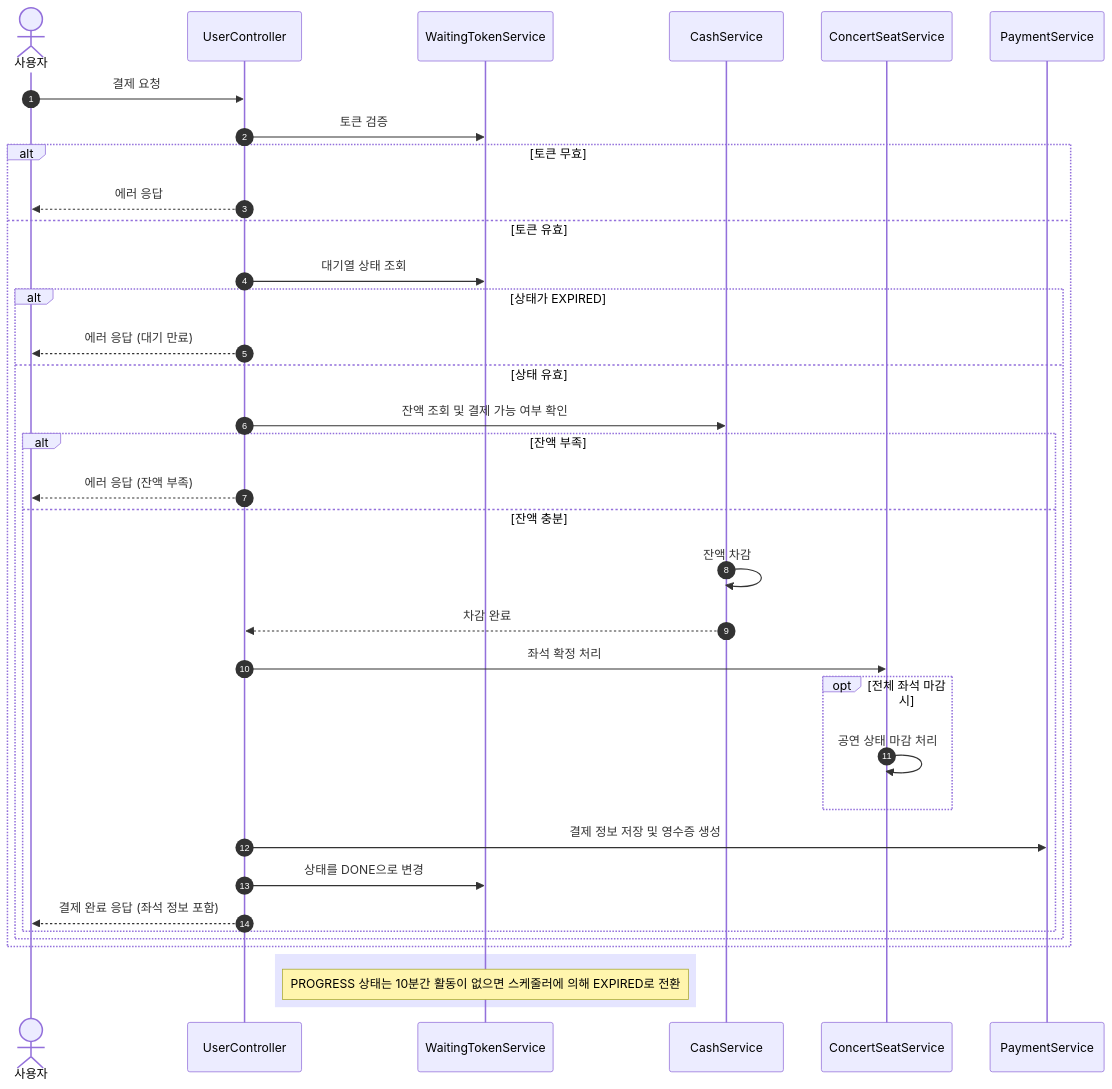
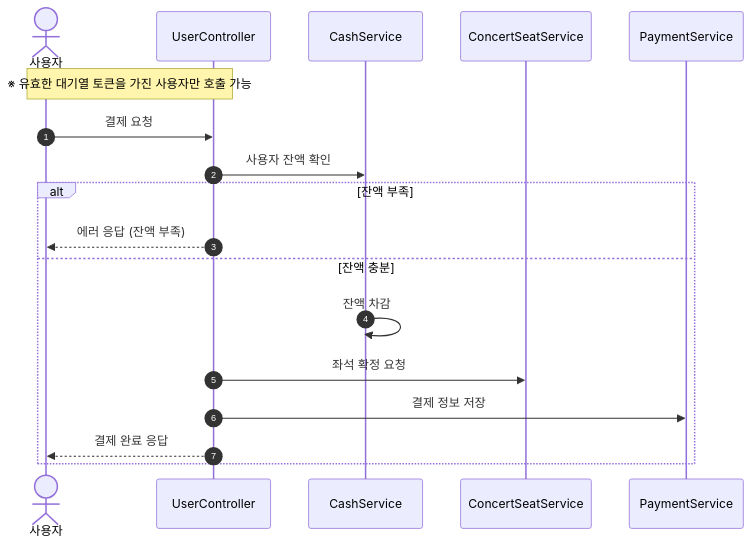
The eighth of 8 diagrams in docs/SEQUENCE.md (uuununew/concert-system), drawn with Mermaid before and after one commit. The commit also changed other lines of this file, not shown here.

Commit message:
시퀀스 다이어그램 추가

````diff
--- a/docs/SEQUENCE.md
+++ b/docs/SEQUENCE.md
@@ -221,40 +215,23 @@
 ```mermaid
 sequenceDiagram
     autonumber
     actor 사용자
-    participant UserController as UserController
-    participant WaitingTokenService as WaitingTokenService
-    participant CashService as CashService
-    participant ConcertSeatService as ConcertSeatService
-    participant PaymentService as PaymentService
+    participant UserController
+    participant CashService
+    participant ConcertSeatService
+    participant PaymentService
+
+    note over 사용자, UserController: ※ 유효한 대기열 토큰을 가진 사용자만 호출 가능
 
     사용자 ->> UserController: 결제 요청
-    UserController ->> WaitingTokenService: 토큰 검증
-    alt 토큰 무효
-        UserController -->> 사용자: 에러 응답
-    else 토큰 유효
-        UserController ->> WaitingTokenService: 대기열 상태 조회
-        alt 상태가 EXPIRED
-            UserController -->> 사용자: 에러 응답 (대기 만료)
-        else 상태 유효
-            UserController ->> CashService: 잔액 조회 및 결제 가능 여부 확인
-            alt 잔액 부족
-                UserController -->> 사용자: 에러 응답 (잔액 부족)
-            else 잔액 충분
-                CashService ->> CashService: 잔액 차감
-                CashService -->> UserController: 차감 완료
-                UserController ->> ConcertSeatService: 좌석 확정 처리
-                opt 전체 좌석 마감 시
-                    ConcertSeatService ->> ConcertSeatService: 공연 상태 마감 처리
-                end
-                UserController ->> PaymentService: 결제 정보 저장 및 영수증 생성
-                UserController ->> WaitingTokenService: 상태를 DONE으로 변경
-                UserController -->> 사용자: 결제 완료 응답 (좌석 정보 포함)
-            end
-        end
-    end
+    UserController ->> CashService: 사용자 잔액 확인
 
-    rect rgba(0, 0, 255, .1)
-        note over WaitingTokenService: PROGRESS 상태는 10분간 활동이 없으면 스케줄러에 의해 EXPIRED로 전환
+    alt 잔액 부족
+        UserController -->> 사용자: 에러 응답 (잔액 부족)
+    else 잔액 충분
+        CashService ->> CashService: 잔액 차감
+        UserController ->> ConcertSeatService: 좌석 확정 요청
+        UserController ->> PaymentService: 결제 정보 저장
+        UserController -->> 사용자: 결제 완료 응답
     end
 ```
````
